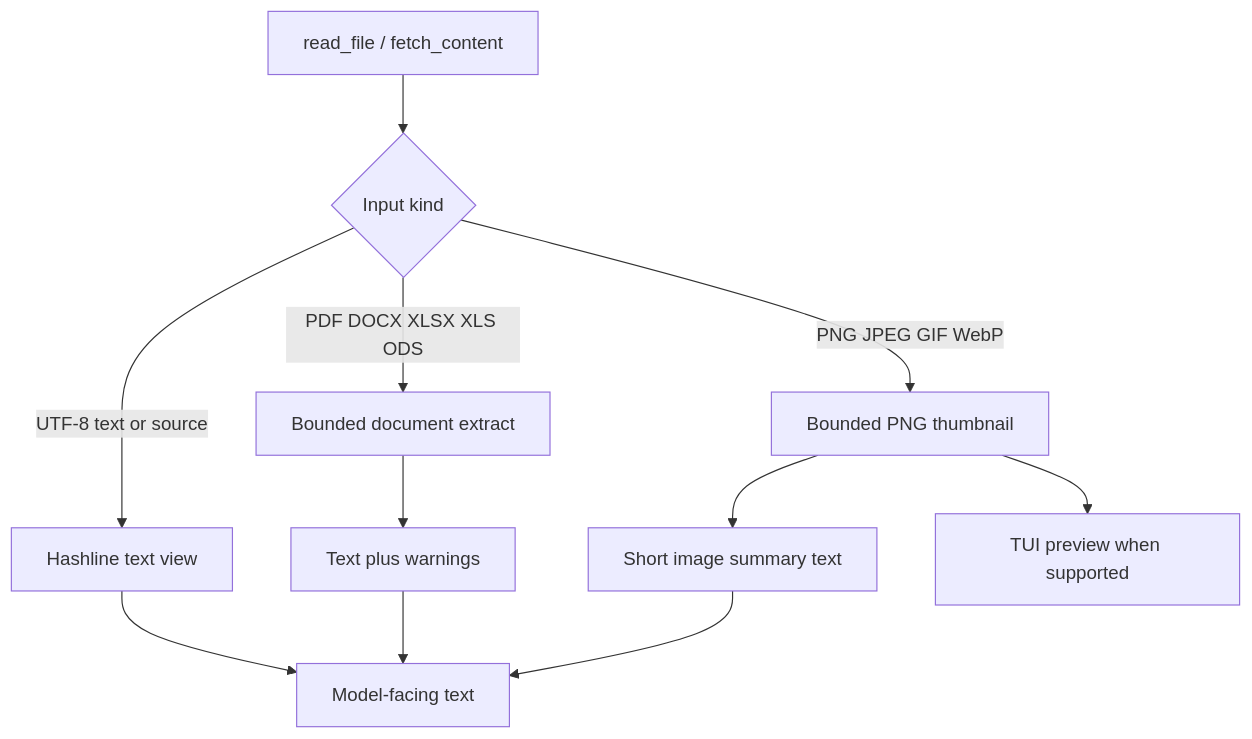
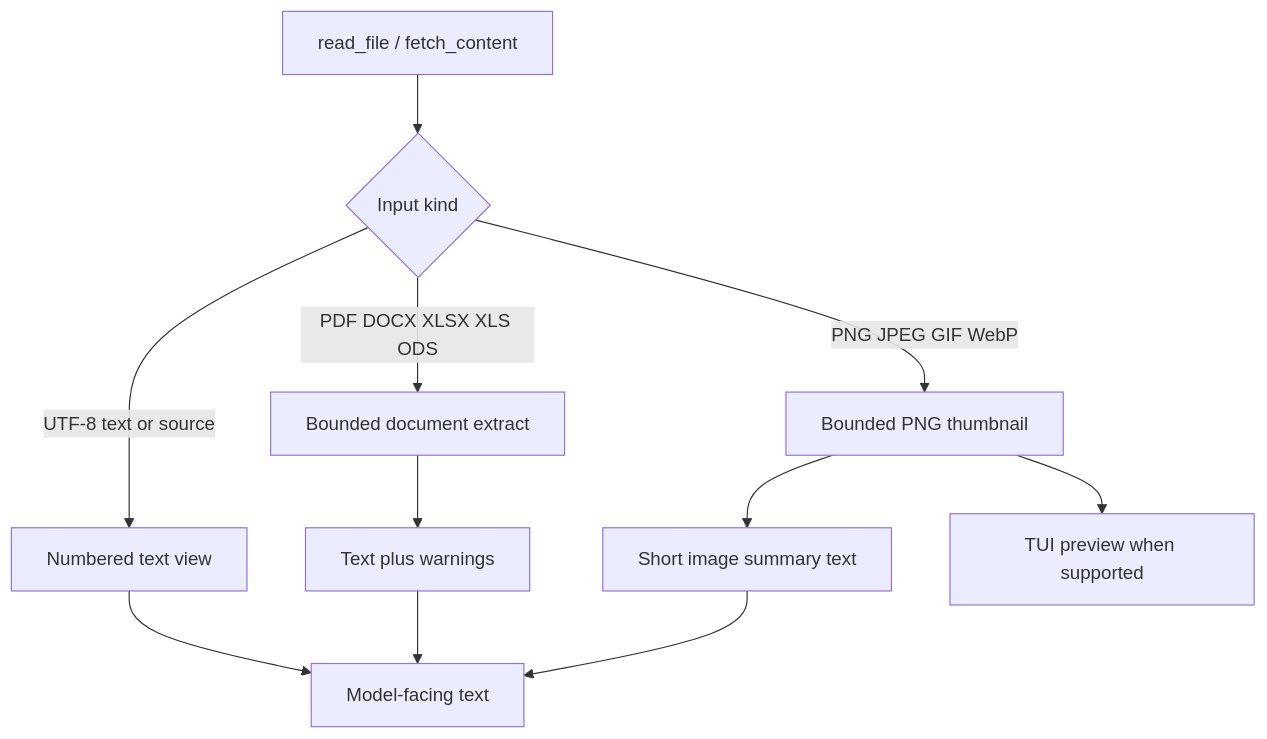
One commit to matthewyjiang/rho changed the diagram in docs/tools-workspace/documents-and-images.md. Above: the diagram before and after it, drawn with Mermaid. The commit also changed other lines of this file and 19 other files, not shown here.

````diff
--- a/docs/tools-workspace/documents-and-images.md
+++ b/docs/tools-workspace/documents-and-images.md
@@ -14,13 +14,13 @@
 ```mermaid
 flowchart TD
     src["read_file / fetch_content"] --> kind{Input kind}
-    kind -->|UTF-8 text or source| text[Hashline text view]
+    kind -->|UTF-8 text or source| text[Numbered text view]
     kind -->|PDF DOCX XLSX XLS ODS| doc[Bounded document extract]
     kind -->|PNG JPEG GIF WebP| img[Bounded PNG thumbnail]
     doc --> out[Text plus warnings]
     text --> model[Model-facing text]
     out --> model
     img --> summary[Short image summary text]
     summary --> model
     img --> feed[TUI preview when supported]
 ```
````
